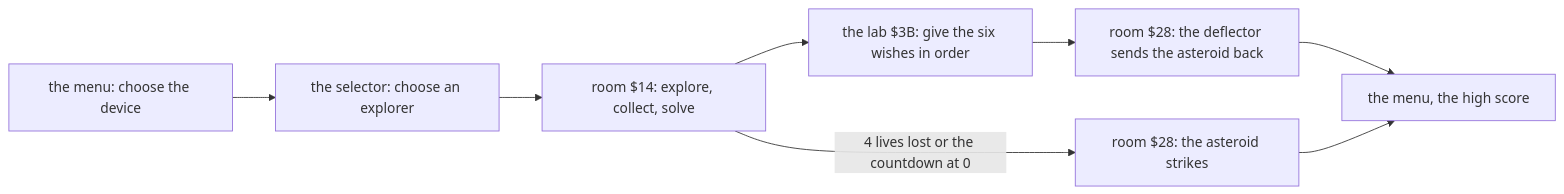
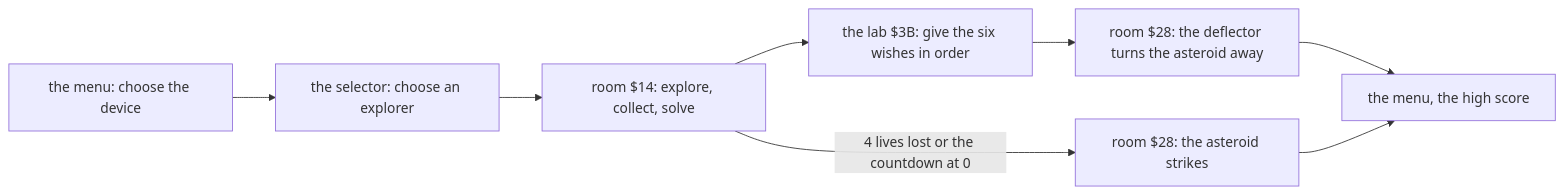
One commit to alfishe/unrealng-reverse-cases changed the first of 2 diagrams in games/terramex/docs/01-game-design.md. Above: the diagram before and after it, drawn with Mermaid. The commit also changed other lines of this file and 31 other files, not shown here.

````diff
--- a/games/terramex/docs/01-game-design.md
+++ b/games/terramex/docs/01-game-design.md
@@ -54,10 +54,10 @@
 ```mermaid
 flowchart LR
     A["the menu: choose the device"] --> B["the selector: choose an explorer"]
     B --> C["room $14: explore, collect, solve"]
     C --> D["the lab $3B: give the six wishes in order"]
-    D --> E["room $28: the deflector sends the asteroid back"]
+    D --> E["room $28: the deflector turns the asteroid away"]
     C -->|"4 lives lost or the countdown at 0"| F["room $28: the asteroid strikes"]
     E --> G["the menu, the high score"]
     F --> G
 ```
````
